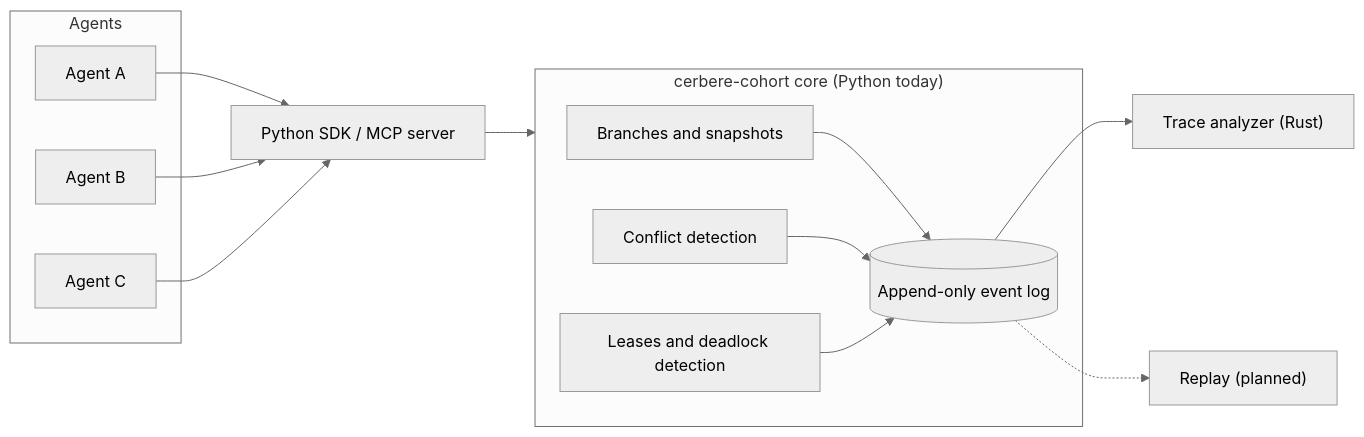
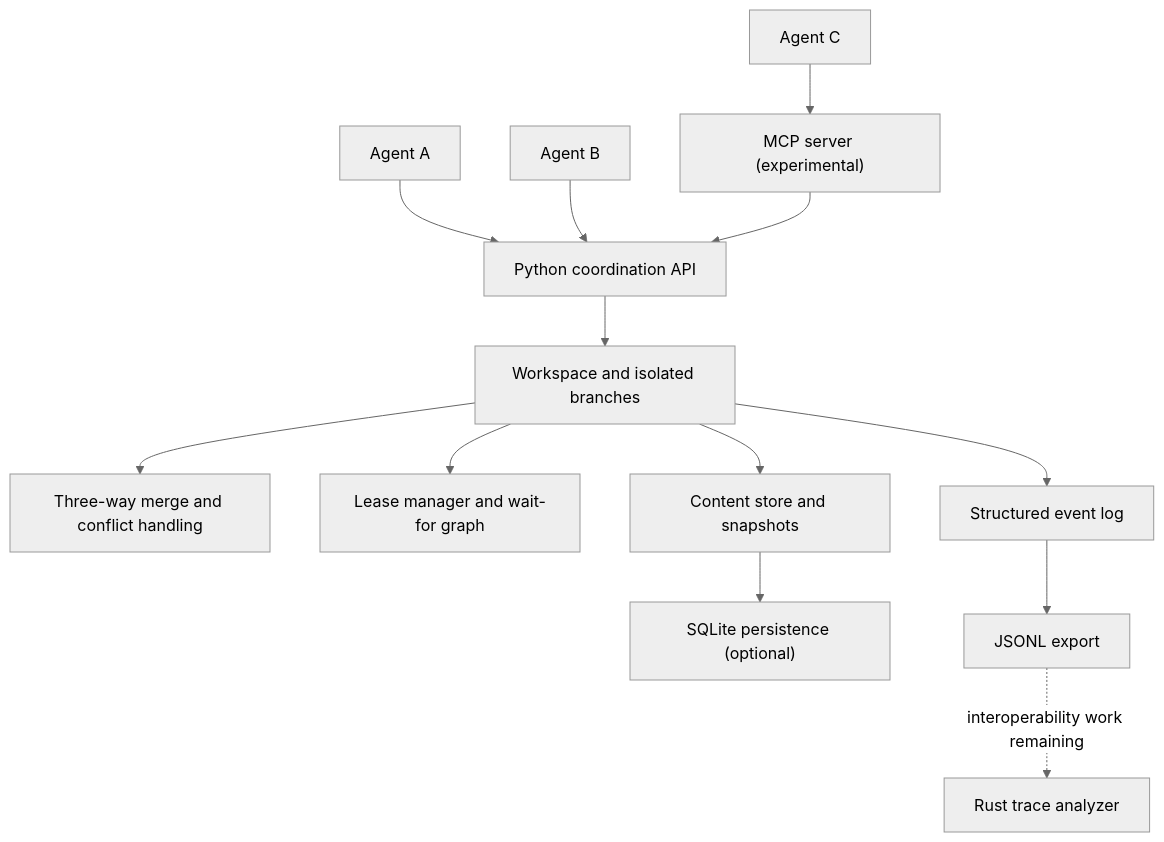
Before and after one commit to chrismsmr-celcom/ActRun: the diagram in README.md, drawn with Mermaid (neutral theme). The commit also changed other lines of this file, not shown here.

````diff
--- a/README.md
+++ b/README.md
@@ -129,23 +229,15 @@
 ```mermaid
-flowchart LR
-    subgraph Agents
-        A1["Agent A"]
-        A2["Agent B"]
-        A3["Agent C"]
-    end
-    A1 --> API
-    A2 --> API
-    A3 --> API
-    API["Python SDK / MCP server"] --> CORE
-    subgraph CORE["cerbere-cohort core (Python today)"]
-        WS["Branches and snapshots"]
-        CR["Conflict detection"]
-        LE["Leases and deadlock detection"]
-        LOG[("Append-only event log")]
-    end
-    WS --> LOG
-    CR --> LOG
-    LE --> LOG
-    LOG --> METRICS["Trace analyzer (Rust)"]
-    LOG -.-> REPLAY["Replay (planned)"]
+flowchart TD
+    A1["Agent A"] --> SDK["Python coordination API"]
+    A2["Agent B"] --> SDK
+    A3["Agent C"] --> MCP["MCP server (experimental)"]
+    MCP --> SDK
+    SDK --> WS["Workspace and isolated branches"]
+    WS --> MERGE["Three-way merge and conflict handling"]
+    WS --> LEASE["Lease manager and wait-for graph"]
+    WS --> LOG["Structured event log"]
+    WS --> STORE["Content store and snapshots"]
+    STORE --> DB["SQLite persistence (optional)"]
+    LOG --> JSONL["JSONL export"]
+    JSONL -. "interoperability work remaining" .-> RUST["Rust trace analyzer"]
 ```
````
